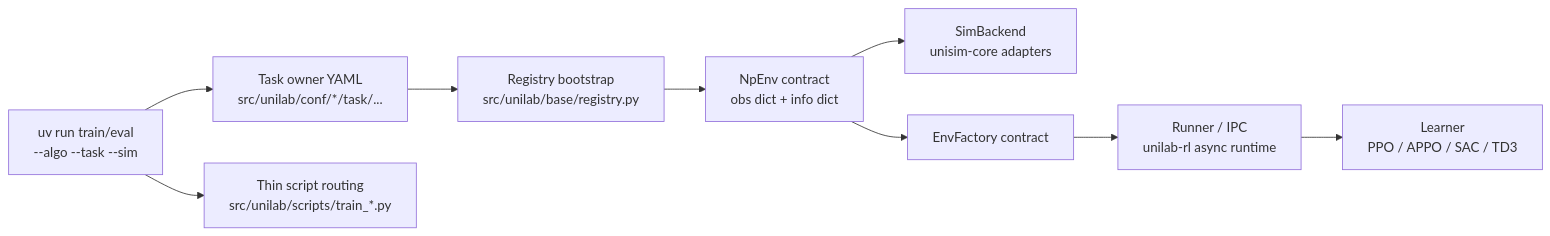
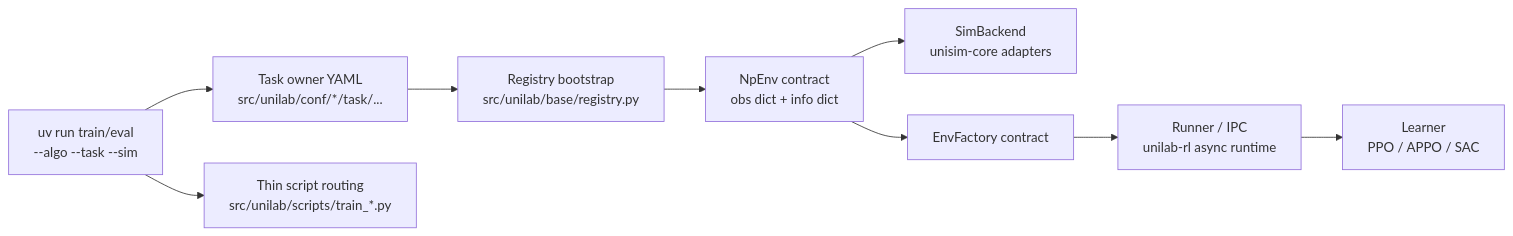
One commit to EtherealTide/UniLab changed the diagram in docs/sphinx/source/en/0-index.md. Above: the diagram before and after it, drawn with Mermaid. The commit also changed other lines of this file and 91 other files, not shown here.

````diff
--- a/docs/sphinx/source/en/0-index.md
+++ b/docs/sphinx/source/en/0-index.md
@@ -132,11 +132,11 @@
 ```{mermaid}
 flowchart LR
   cli["uv run train/eval<br/>--algo --task --sim"] --> owner["Task owner YAML<br/>src/unilab/conf/*/task/..."]
   cli --> script["Thin script routing<br/>src/unilab/scripts/train_*.py"]
   owner --> registry["Registry bootstrap<br/>src/unilab/base/registry.py"]
   registry --> env["NpEnv contract<br/>obs dict + info dict"]
   env --> backend["SimBackend<br/>unisim-core adapters"]
   env --> factory["EnvFactory contract"]
   factory --> runtime["Runner / IPC<br/>unilab-rl async runtime"]
-  runtime --> learner["Learner<br/>PPO / APPO / SAC / TD3"]
+  runtime --> learner["Learner<br/>PPO / APPO / SAC"]
 ```
````
